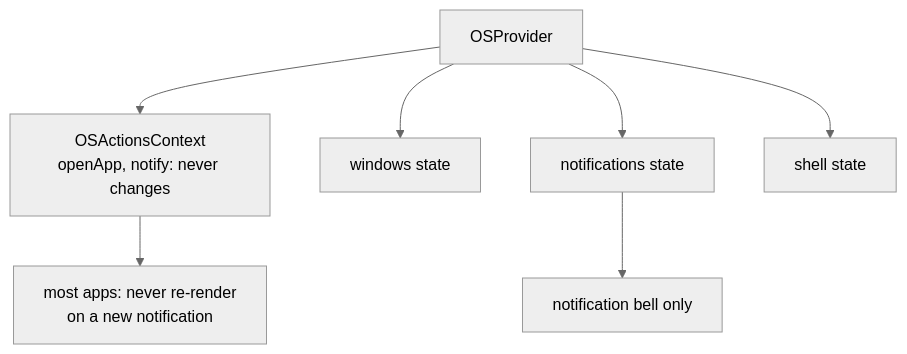
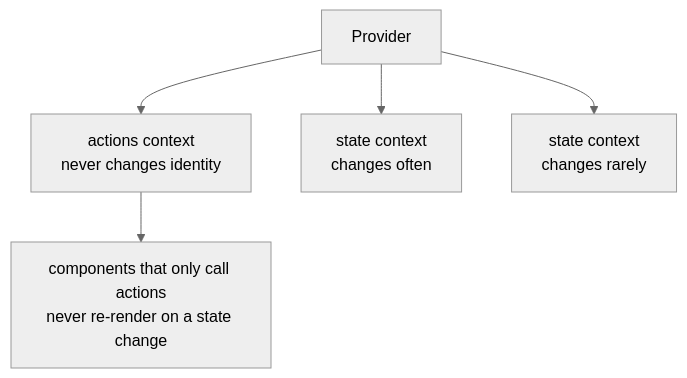
The ninth of 18 diagrams in LLD_Guide/03_Frontend_LLD_Patterns.md (KaushalJainAI/AIAAS), drawn with Mermaid (neutral theme) before and after one commit. The commit also changed other lines of this file and 323 other files, not shown here.

````diff
--- a/LLD_Guide/03_Frontend_LLD_Patterns.md
+++ b/LLD_Guide/03_Frontend_LLD_Patterns.md
@@ -423,9 +422,7 @@
 ```mermaid
 flowchart TB
-    P[OSProvider] --> A["OSActionsContext<br/>openApp, notify: never changes"]
-    P --> W[windows state]
-    P --> N[notifications state]
-    P --> S[shell state]
-    A --> Most["most apps: never re-render<br/>on a new notification"]
-    N --> Bell[notification bell only]
+    P[Provider] --> A["actions context<br/>never changes identity"]
+    P --> S1["state context<br/>changes often"]
+    P --> S2["state context<br/>changes rarely"]
+    A --> Most["components that only call actions<br/>never re-render on a state change"]
 ```
````
